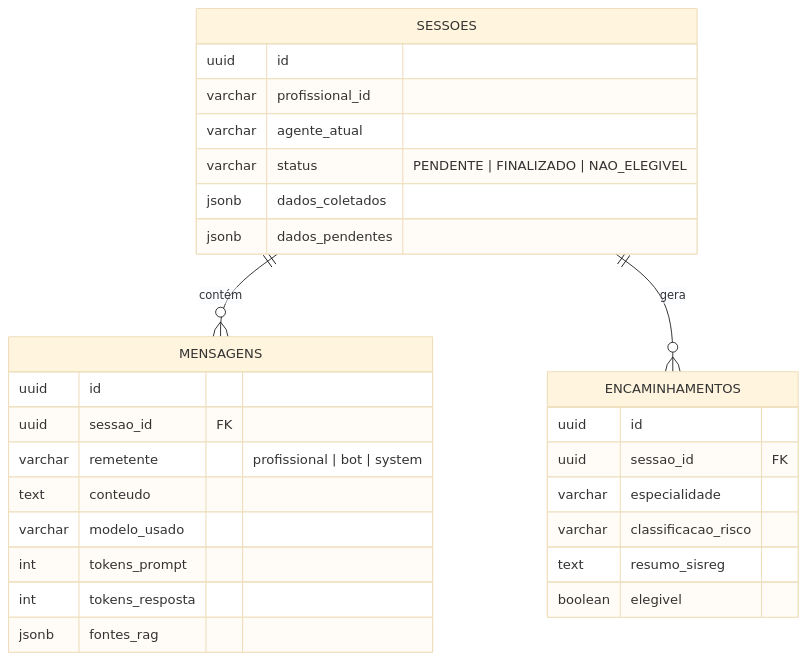
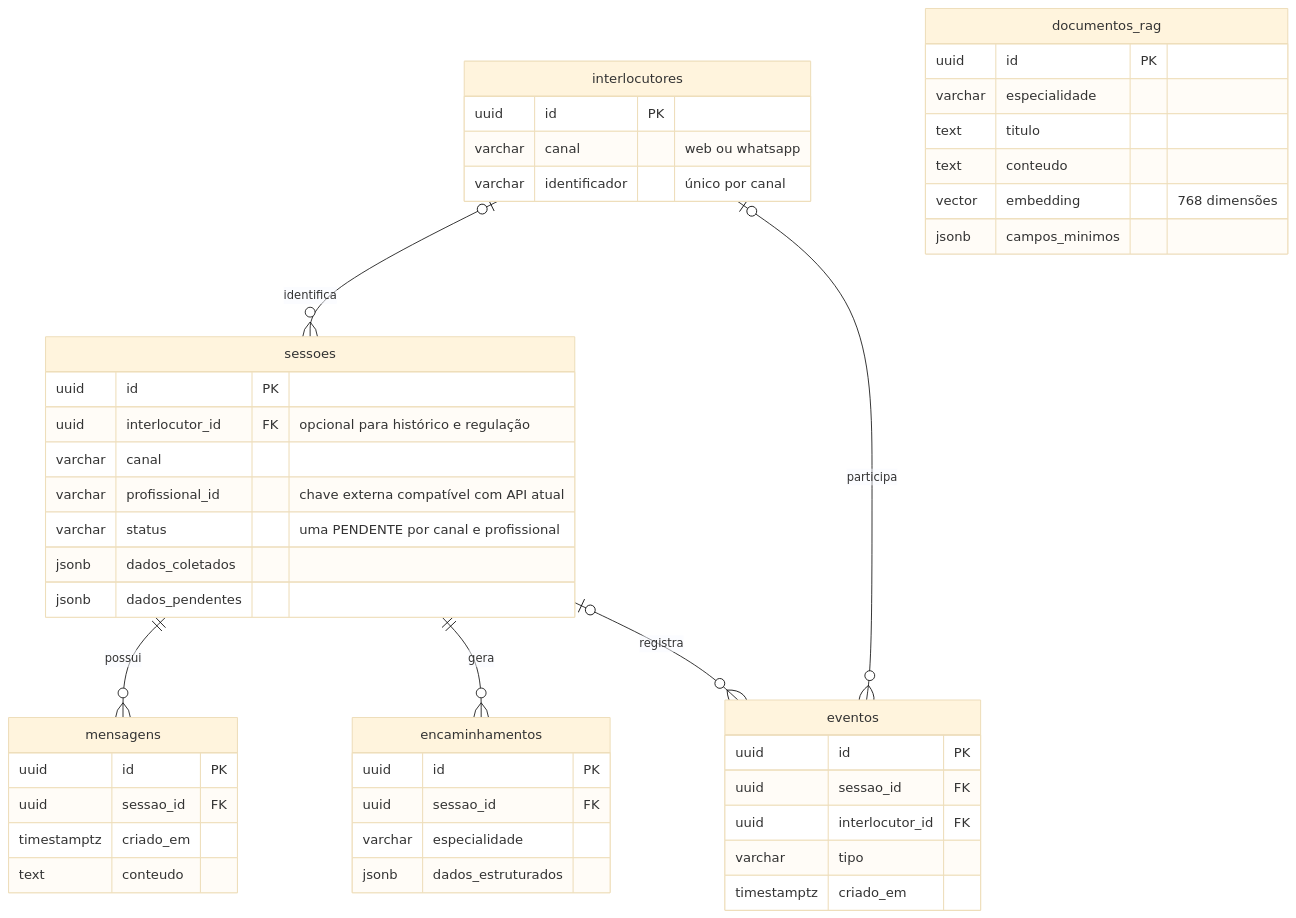
The diagram in docs-site/docs/banco-de-dados.md (Nanashii76/PETSAUDE-chatbot), drawn with Mermaid (base theme) before and after one commit. The commit also changed other lines of this file and 8 other files, not shown here.

````diff
--- a/docs-site/docs/banco-de-dados.md
+++ b/docs-site/docs/banco-de-dados.md
@@ -6,31 +19,49 @@
 ```mermaid
 erDiagram
-  SESSOES ||--o{ MENSAGENS : "contém"
-  SESSOES ||--o{ ENCAMINHAMENTOS : "gera"
-  SESSOES {
-    uuid id
-    varchar profissional_id
-    varchar agente_atual
-    varchar status "PENDENTE | FINALIZADO | NAO_ELEGIVEL"
-    jsonb dados_coletados
-    jsonb dados_pendentes
-  }
-  MENSAGENS {
-    uuid id
-    uuid sessao_id FK
-    varchar remetente "profissional | bot | system"
-    text conteudo
-    varchar modelo_usado
-    int tokens_prompt
-    int tokens_resposta
-    jsonb fontes_rag
-  }
-  ENCAMINHAMENTOS {
-    uuid id
-    uuid sessao_id FK
-    varchar especialidade
-    varchar classificacao_risco
-    text resumo_sisreg
-    boolean elegivel
-  }
+    interlocutores o|--o{ sessoes : identifica
+    sessoes ||--o{ mensagens : possui
+    sessoes ||--o{ encaminhamentos : gera
+    sessoes o|--o{ eventos : registra
+    interlocutores o|--o{ eventos : participa
+    interlocutores {
+        uuid id PK
+        varchar canal "web ou whatsapp"
+        varchar identificador "único por canal"
+    }
+    sessoes {
+        uuid id PK
+        uuid interlocutor_id FK "opcional para histórico e regulação"
+        varchar canal
+        varchar profissional_id "chave externa compatível com API atual"
+        varchar status "uma PENDENTE por canal e profissional"
+        jsonb dados_coletados
+        jsonb dados_pendentes
+    }
+    mensagens {
+        uuid id PK
+        uuid sessao_id FK
+        timestamptz criado_em
+        text conteudo
+    }
+    encaminhamentos {
+        uuid id PK
+        uuid sessao_id FK
+        varchar especialidade
+        jsonb dados_estruturados
+    }
+    eventos {
+        uuid id PK
+        uuid sessao_id FK
+        uuid interlocutor_id FK
+        varchar tipo
+        timestamptz criado_em
+    }
+    documentos_rag {
+        uuid id PK
+        varchar especialidade
+        text titulo
+        text conteudo
+        vector embedding "768 dimensões"
+        jsonb campos_minimos
+    }
 ```
````
